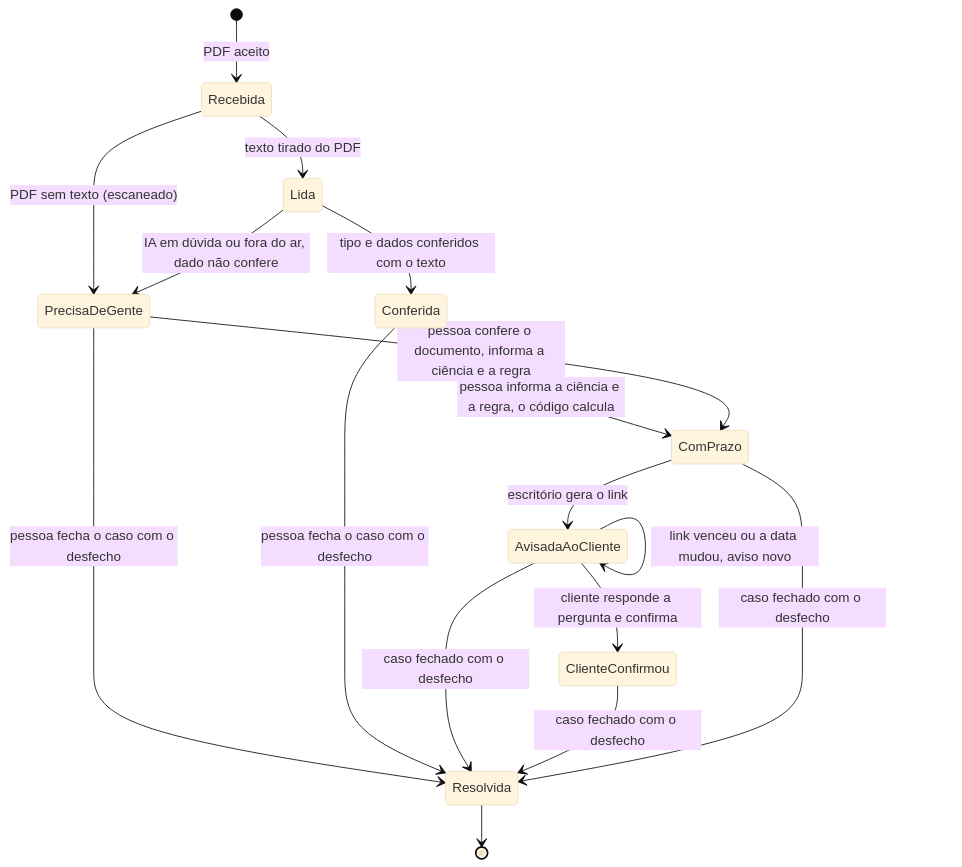
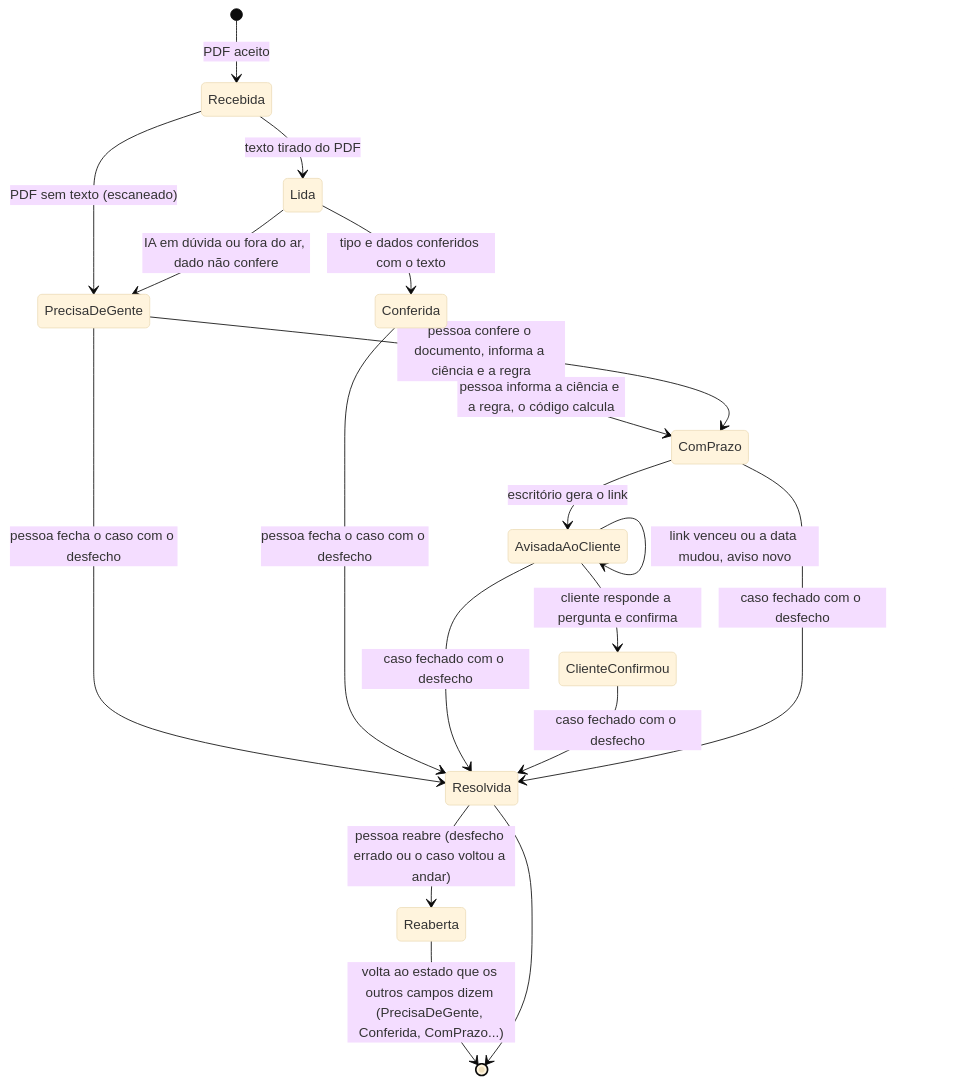
One commit to namtech-agents/atalaia changed the eighth of 9 diagrams in docs/04-arquitetura/arquitetura.md. Above: the diagram before and after it, drawn with Mermaid (base theme). The commit also changed other lines of this file and 7 other files, not shown here.

First line of the commit message:
feat: reabrir caso resolvido, com o desfecho anterior no histórico; título do cartão colado no formulário com peso de título (#152)

````diff
--- a/docs/04-arquitetura/arquitetura.md
+++ b/docs/04-arquitetura/arquitetura.md
@@ -589,19 +591,21 @@
 ```mermaid
 stateDiagram-v2
     [*] --> Recebida: PDF aceito
     Recebida --> PrecisaDeGente: PDF sem texto (escaneado)
     Recebida --> Lida: texto tirado do PDF
     Lida --> PrecisaDeGente: IA em dúvida ou fora do ar, dado não confere
     Lida --> Conferida: tipo e dados conferidos com o texto
     Conferida --> ComPrazo: pessoa informa a ciência e a regra, o código calcula
     PrecisaDeGente --> ComPrazo: pessoa confere o documento, informa a ciência e a regra
     PrecisaDeGente --> Resolvida: pessoa fecha o caso com o desfecho
     Conferida --> Resolvida: pessoa fecha o caso com o desfecho
     ComPrazo --> AvisadaAoCliente: escritório gera o link
     AvisadaAoCliente --> ClienteConfirmou: cliente responde a pergunta e confirma
     AvisadaAoCliente --> AvisadaAoCliente: link venceu ou a data mudou, aviso novo
     AvisadaAoCliente --> Resolvida: caso fechado com o desfecho
     ClienteConfirmou --> Resolvida: caso fechado com o desfecho
     ComPrazo --> Resolvida: caso fechado com o desfecho
+    Resolvida --> Reaberta: pessoa reabre (desfecho errado ou o caso voltou a andar)
+    Reaberta --> [*]: volta ao estado que os outros campos dizem (PrecisaDeGente, Conferida, ComPrazo...)
     Resolvida --> [*]
 ```
````
